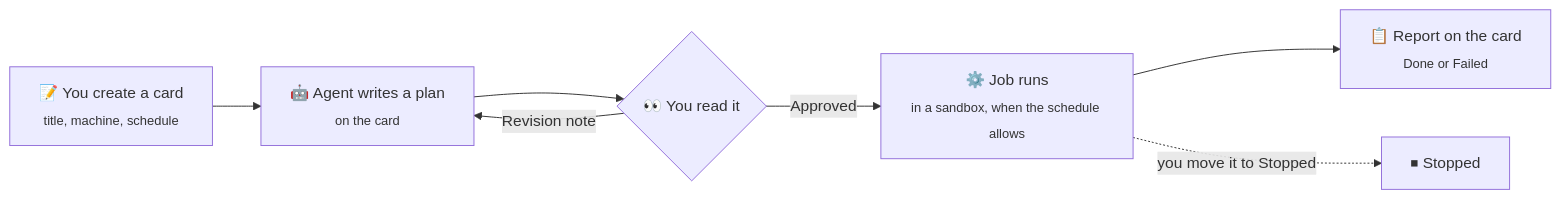
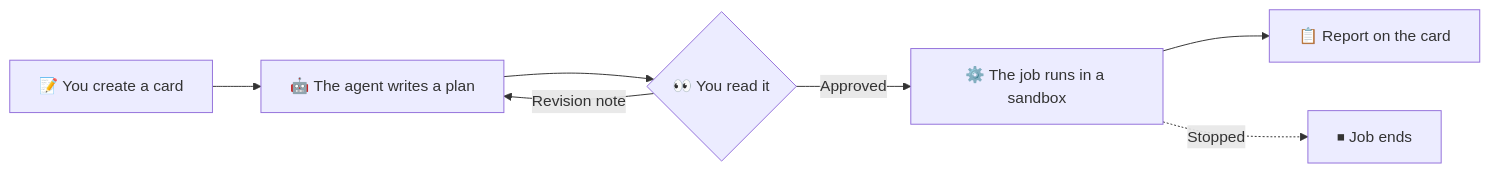
One commit to cnkndmr/BoardRunner changed the first of 3 diagrams in README.md. Above: the diagram before and after it, drawn with Mermaid. The commit also changed other lines of this file, not shown here.

Commit message:
README: simpler diagrams that render without clipping

````diff
--- a/README.md
+++ b/README.md
@@ -41,9 +41,9 @@
 ```mermaid
 flowchart LR
-    A["📝 You create a card<br/><sub>title, machine, schedule</sub>"] --> B["🤖 Agent writes a plan<br/><sub>on the card</sub>"]
+    A["📝 You create a card"] --> B["🤖 The agent writes a plan"]
     B --> C{"👀 You read it"}
     C -- "Revision note" --> B
-    C -- "Approved" --> D["⚙️ Job runs<br/><sub>in a sandbox, when the schedule allows</sub>"]
-    D --> E["📋 Report on the card<br/><sub>Done or Failed</sub>"]
-    D -. "you move it to Stopped" .-> F["⏹ Stopped"]
+    C -- "Approved" --> D["⚙️ The job runs in a sandbox"]
+    D --> E["📋 Report on the card"]
+    D -. "Stopped" .-> F["⏹ Job ends"]
 ```
````
